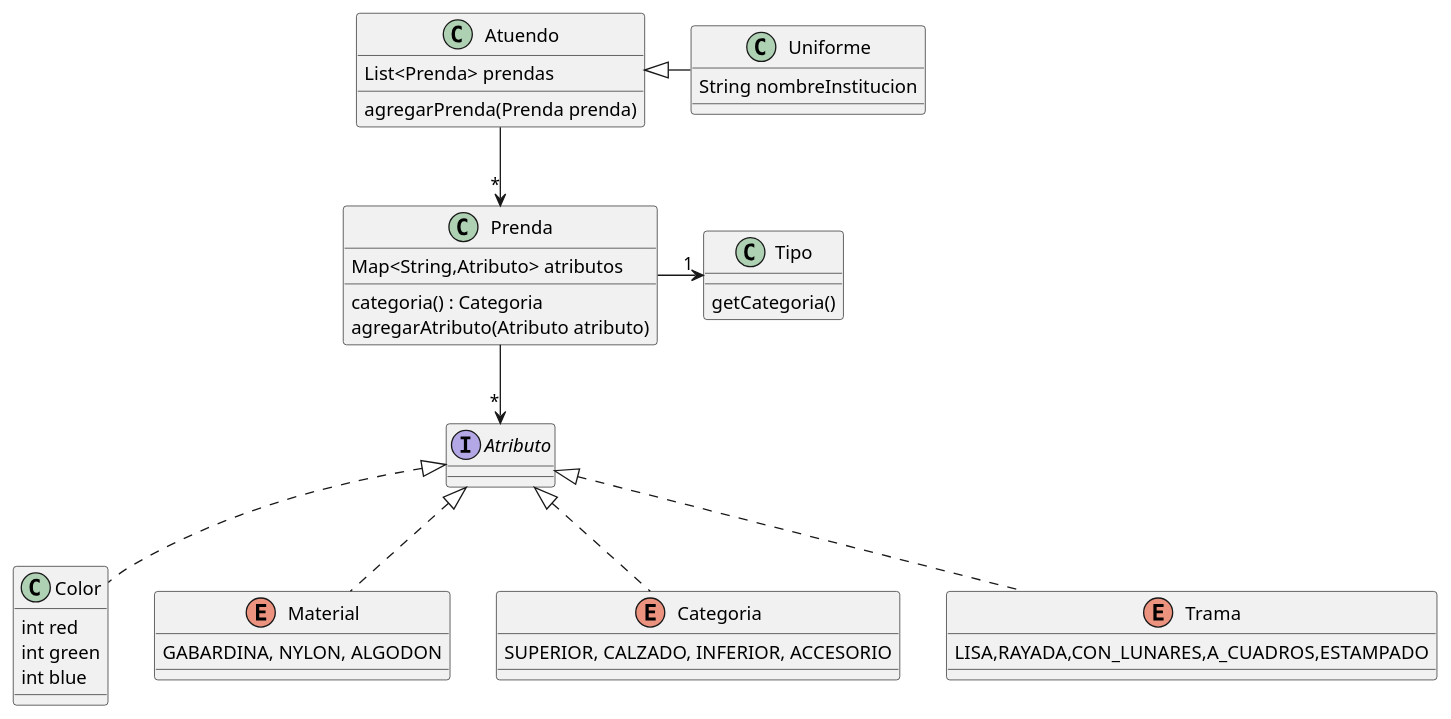
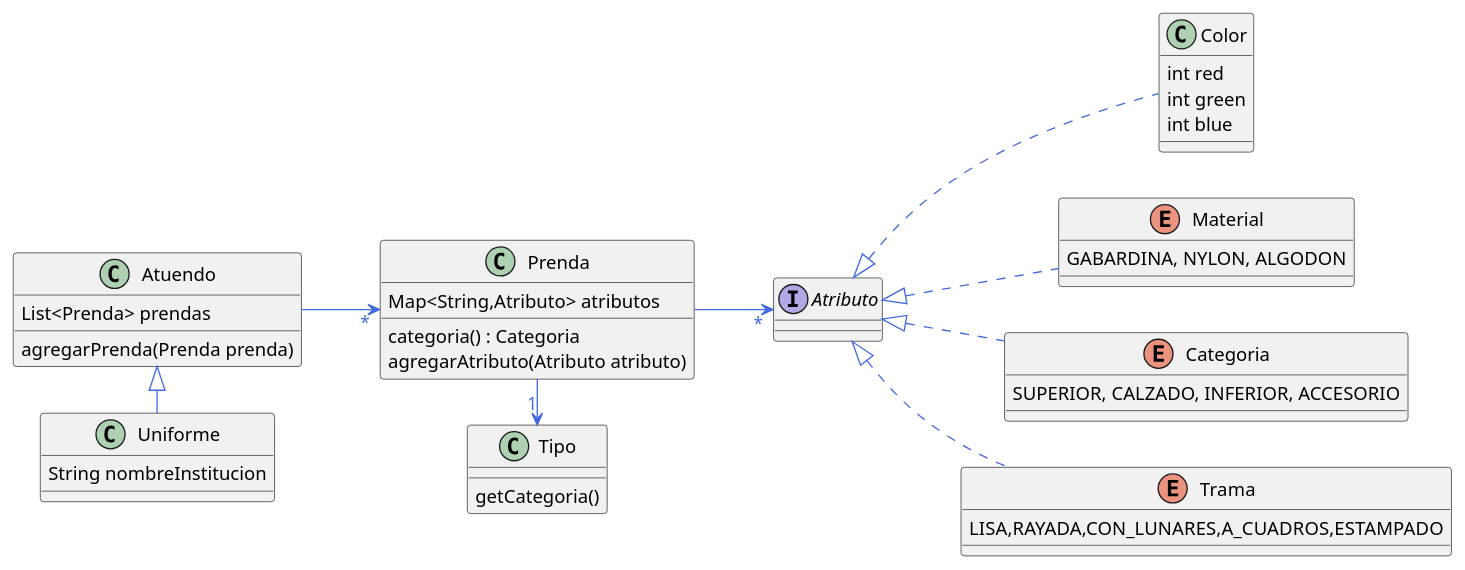
One commit to mecsafonso/QueMePongo2 changed the diagram in Diagrama de Clases.puml. Above: the diagram before and after it, drawn with PlantUML. The commit also changed 6 other files, not shown here.

```diff
--- a/Diagrama de Clases.puml
+++ b/Diagrama de Clases.puml
@@ -1,53 +1,57 @@
 @startuml
+left to right direction
+skinparam backgroundColor transparent
+skinparam arrowFontColor royalblue
+skinparam arrowColor royalblue
 'https://plantuml.com/class-diagram
 
 class Prenda{
 Map<String,Atributo> atributos
 categoria() : Categoria
 agregarAtributo(Atributo atributo)
 }
 class Tipo{
 getCategoria()
 }
 class Color{
 int red
 int green
 int blue
 }
 
 enum Material{
 GABARDINA, NYLON, ALGODON
 }
 enum Categoria{
 SUPERIOR, CALZADO, INFERIOR, ACCESORIO
 }
 enum Trama{
 LISA,RAYADA,CON_LUNARES,A_CUADROS,ESTAMPADO
 }
 
 interface Atributo{
 }
 
 Prenda --right> "1" Tipo
 Prenda --> "*" Atributo
 
 Material ..up|> Atributo
 Categoria ..up|> Atributo
 Trama ..up|> Atributo
 Color ..up|> Atributo
 
 class Atuendo{
 List<Prenda> prendas
  agregarPrenda(Prenda prenda)
 }
 
 Atuendo --> "*" Prenda
 
 class Uniforme{
 String nombreInstitucion
 
 }
 
 Uniforme --left|> Atuendo
 
 @enduml
```
